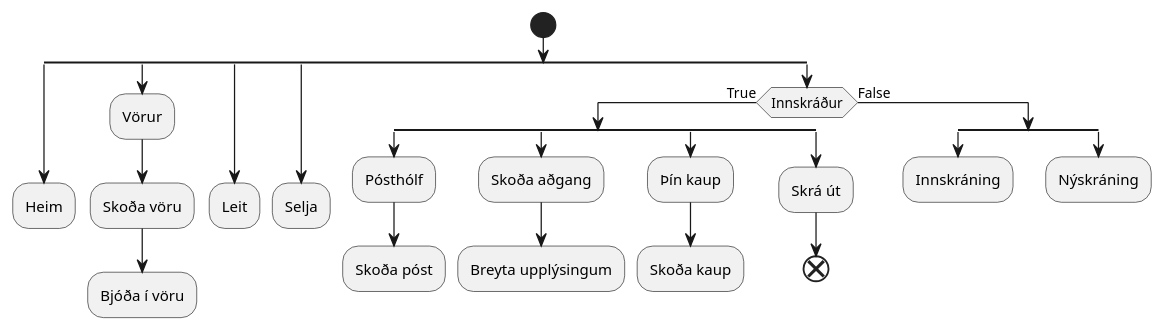
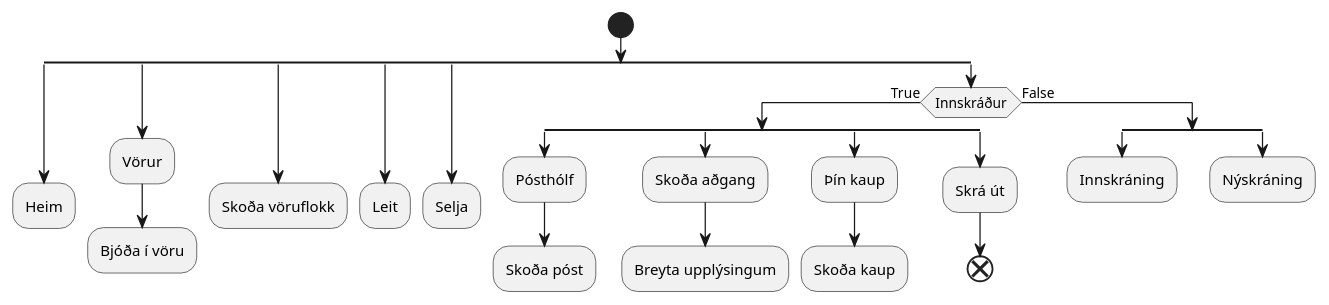
The diagram in navigation-diagram.plantuml (baldurjonsson/T-220-VLN2-design), drawn with PlantUML before and after one commit. The commit also changed 3 other files, not shown here.

Commit message:
More Diagrams!

```diff
--- a/navigation-diagram.plantuml
+++ b/navigation-diagram.plantuml
@@ -1,43 +1,45 @@
 @startuml
 start
 split
 :Heim;
 kill
 split again
 :Vörur;
-:Skoða vöru;
 :Bjóða í vöru;
+kill
+split again
+:Skoða vöruflokk;
 kill
 split again
 :Leit;
 kill
 split again
 :Selja;
 kill
 split again
 if (Innskráður) then (True)
     split
     :Pósthólf;
     :Skoða póst;
     kill
     split again
     :Skoða aðgang;
     :Breyta upplýsingum;
     kill
     split again
     :Þín kaup;
     :Skoða kaup;
     kill
     split again
     :Skrá út;
     end
     end split
 else (False)
     split
     :Innskráning;
     kill
     split again
     :Nýskráning;
     kill
     end split
 @enduml
```
